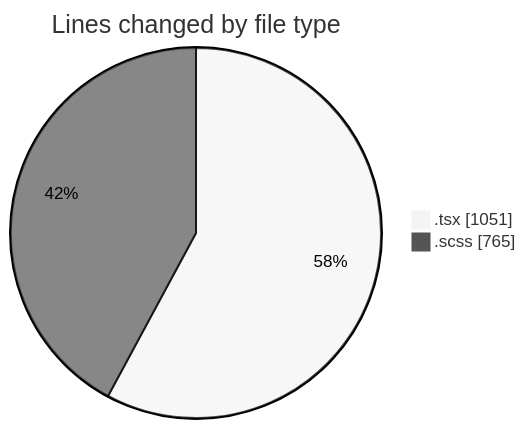
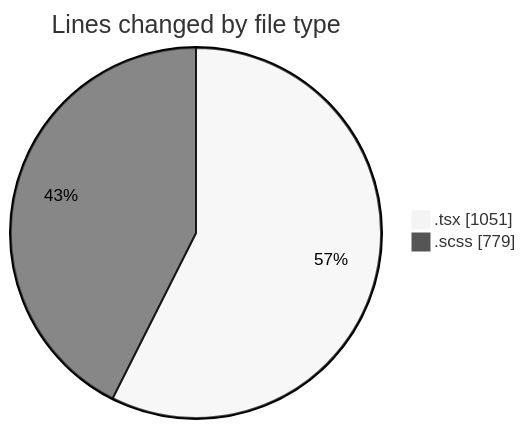
The first of 2 diagrams in 2025-10-06/cda/README.md (momahboobian/code-tracking), drawn with Mermaid (neutral theme) before and after one commit. The commit also changed other lines of this file and 1 other file, not shown here.

````diff
--- a/2025-10-06/cda/README.md
+++ b/2025-10-06/cda/README.md
@@ -24,6 +24,6 @@
 ```mermaid
 pie showData
 title Lines changed by file type
 ".tsx" : 1051
-".scss" : 765
+".scss" : 779
 ```
````
